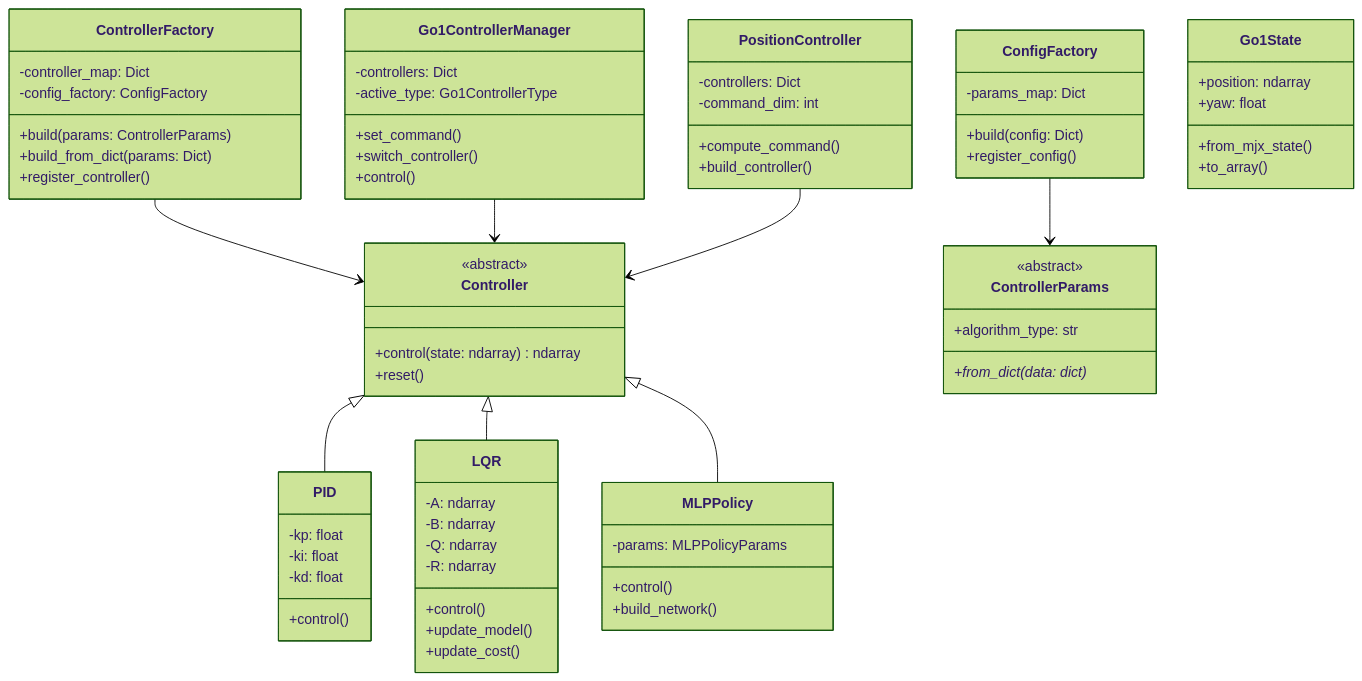
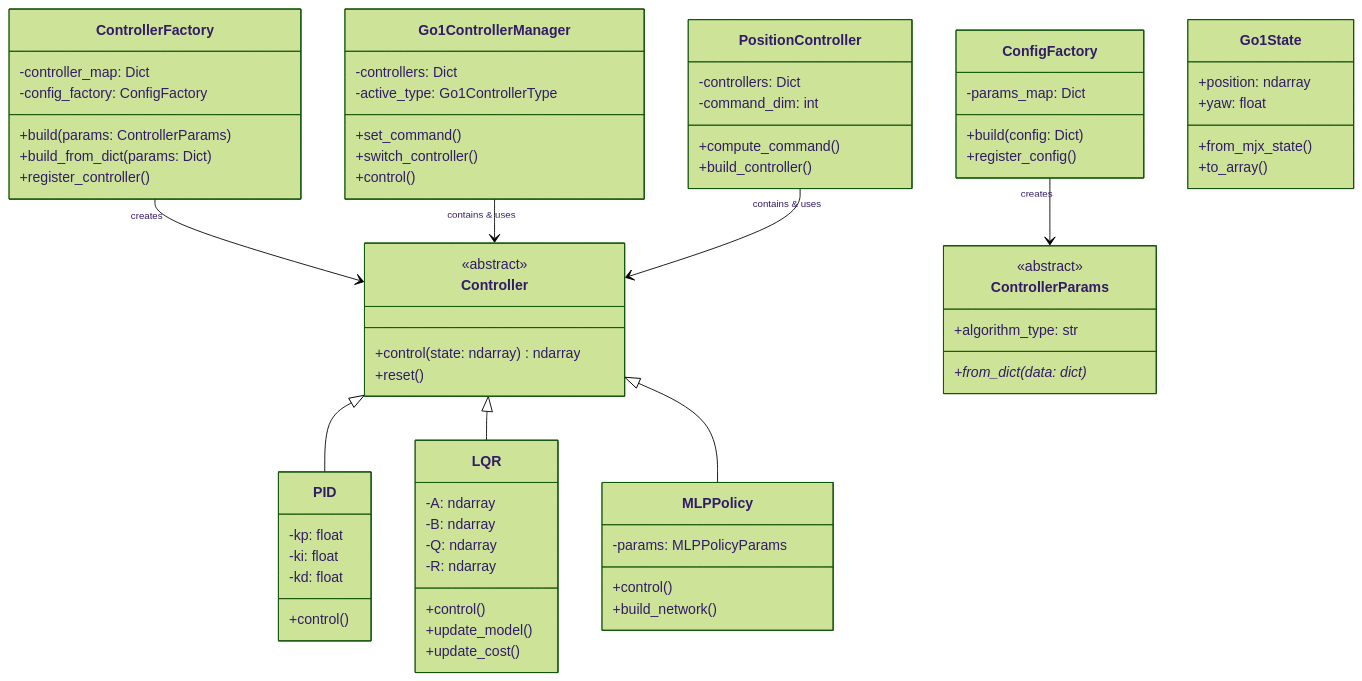
One commit to shaoanlu/llm_mjx_go1_playground changed the diagram in src/control/README.md. Above: the diagram before and after it, drawn with Mermaid (forest theme).

````diff
--- a/src/control/README.md
+++ b/src/control/README.md
@@ -4,82 +4,82 @@
 ```mermaid
 classDiagram
     %% Base Classes
     class Controller {
         <<abstract>>
         +control(state: ndarray) ndarray
         +reset()
     }
     class ControllerParams {
         <<abstract>>
         +algorithm_type: str
         +from_dict(data: dict)*
     }
 
     %% Factory Classes
     class ControllerFactory {
         -controller_map: Dict
         -config_factory: ConfigFactory
         +build(params: ControllerParams)
         +build_from_dict(params: Dict)
         +register_controller()
     }
     class ConfigFactory {
         -params_map: Dict
         +build(config: Dict)
         +register_config()
     }
 
     %% Controller Implementations
     class PID {
         -kp: float
         -ki: float
         -kd: float
         +control()
     }
     class LQR {
         -A: ndarray
         -B: ndarray
         -Q: ndarray
         -R: ndarray
         +control()
         +update_model()
         +update_cost()
     }
     class MLPPolicy {
         -params: MLPPolicyParams
         +control()
         +build_network()
     }
 
     %% Manager and Position Controllers
     class Go1ControllerManager {
         -controllers: Dict
         -active_type: Go1ControllerType
         +set_command()
         +switch_controller()
         +control()
     }
     class PositionController {
         -controllers: Dict
         -command_dim: int
         +compute_command()
         +build_controller()
     }
 
     %% State & Parameter Classes
     class Go1State {
         +position: ndarray
         +yaw: float
         +from_mjx_state()
         +to_array()
     }
 
     %% Relationships
     Controller <|-- PID
     Controller <|-- LQR
     Controller <|-- MLPPolicy
-    ControllerFactory --> Controller
-    ConfigFactory --> ControllerParams
-    Go1ControllerManager --> Controller
-    PositionController --> Controller
+    ControllerFactory "creates" --> Controller
+    ConfigFactory "creates" --> ControllerParams
+    Go1ControllerManager "contains & uses" --> Controller
+    PositionController "contains & uses" --> Controller
 ```
````
